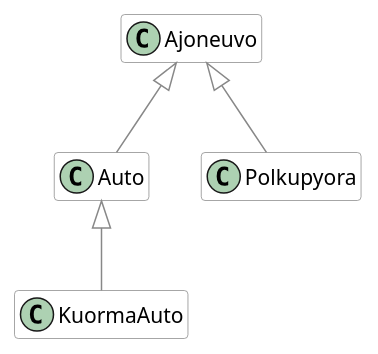
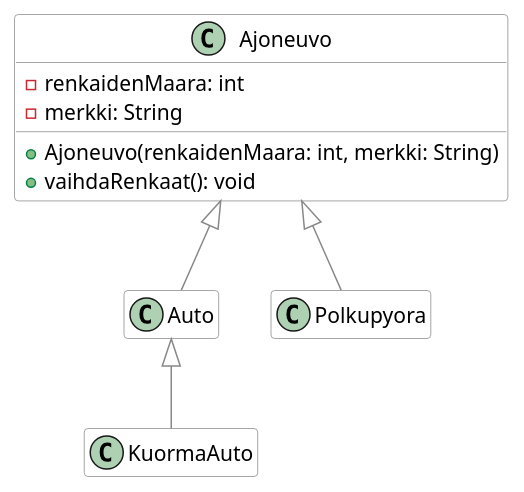
The diagram in src/exercises/3-4-korvaaminen/handout.md (ohj-perus-jy/ohj2), drawn with PlantUML before and after one commit. The commit also changed other lines of this file and 2 other files, not shown here.

````diff
--- a/src/exercises/3-4-korvaaminen/handout.md
+++ b/src/exercises/3-4-korvaaminen/handout.md
@@ -7,20 +22,26 @@
 ```plantuml
 @startuml```
 hide empty members
 skinparam class {
     RoundCorner        0
     BorderColor        #888888
     BackgroundColor    transparent
 }
 skinparam arrowColor   #888888
 
-class Ajoneuvo
+class Ajoneuvo {
+    - renkaidenMaara: int
+    - merkki: String
+    + Ajoneuvo(renkaidenMaara: int, merkki: String)
+    + vaihdaRenkaat(): void
+}
+
 class Auto
 class Polkupyora
 class KuormaAuto
 
 Ajoneuvo <|-- Auto
 Ajoneuvo <|-- Polkupyora
 Auto <|-- KuormaAuto
-@enduml
+@enduml 
 ```
````
